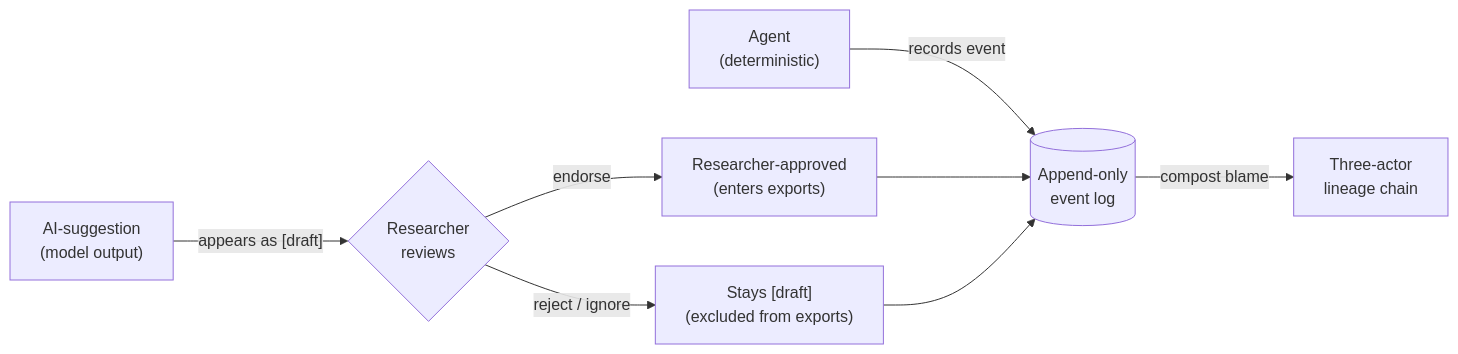
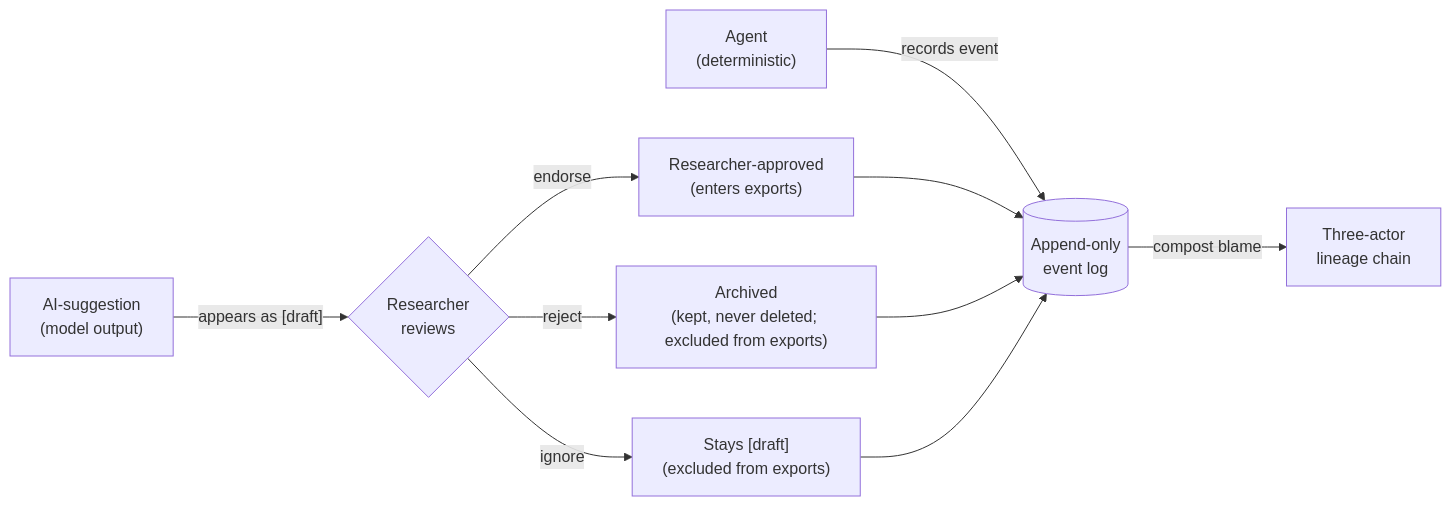
The first of 10 diagrams in docs/ux-journey-and-ia.md (they-juanreina/compost), drawn with Mermaid before and after one commit. The commit also changed other lines of this file and 2 other files, not shown here.

First line of the commit message:
docs: reconcile roadmap/IA/reading-list with ADR 0007/0008 and the 2026-11 review

````diff
--- a/docs/ux-journey-and-ia.md
+++ b/docs/ux-journey-and-ia.md
@@ -59,10 +59,12 @@
 ```mermaid
 flowchart LR
     AI["AI-suggestion<br/>(model output)"] -->|"appears as [draft]"| GATE{"Researcher<br/>reviews"}
     AGENT["Agent<br/>(deterministic)"] -->|"records event"| LOG[("Append-only<br/>event log")]
     GATE -->|"endorse"| ENDORSED["Researcher-approved<br/>(enters exports)"]
-    GATE -->|"reject / ignore"| DRAFT["Stays [draft]<br/>(excluded from exports)"]
+    GATE -->|"reject"| ARCHIVED["Archived<br/>(kept, never deleted; excluded from exports)"]
+    GATE -->|"ignore"| DRAFT["Stays [draft]<br/>(excluded from exports)"]
     ENDORSED --> LOG
+    ARCHIVED --> LOG
     DRAFT --> LOG
     LOG -->|"compost blame"| LINEAGE["Three-actor<br/>lineage chain"]
 ```
````
